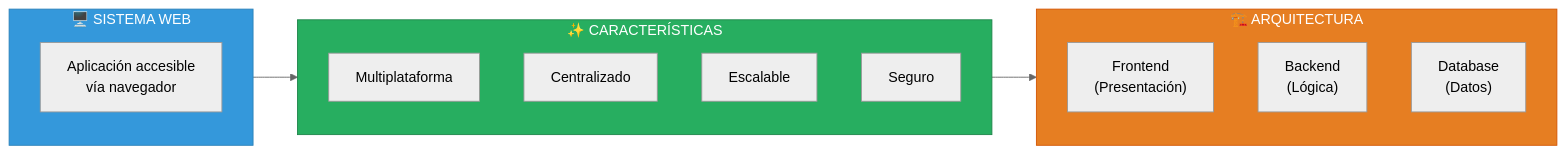
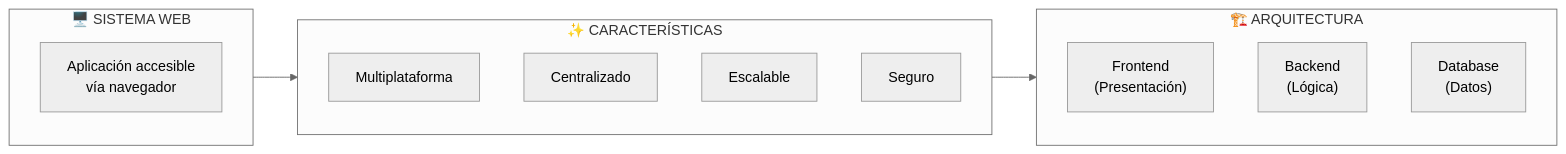
The third of 6 diagrams in docs/03-marco-teorico/README.md (decagraff/LCService), drawn with Mermaid (neutral theme) before and after one commit. The commit also changed other lines of this file and 7 other files, not shown here.

````diff
--- a/docs/03-marco-teorico/README.md
+++ b/docs/03-marco-teorico/README.md
@@ -95,26 +90,23 @@
 ```mermaid
 graph LR
     subgraph definicion["🖥️ SISTEMA WEB"]
         D["Aplicación accesible<br/>vía navegador"]
     end
 
     subgraph caracteristicas["✨ CARACTERÍSTICAS"]
         C1["Multiplataforma"]
         C2["Centralizado"]
         C3["Escalable"]
         C4["Seguro"]
     end
 
     subgraph capas["🏗️ ARQUITECTURA"]
         L1["Frontend<br/>(Presentación)"]
         L2["Backend<br/>(Lógica)"]
         L3["Database<br/>(Datos)"]
     end
 
     definicion --> caracteristicas
     caracteristicas --> capas
 
-    style definicion fill:#3498db,stroke:#2980b9,color:#fff
-    style caracteristicas fill:#27ae60,stroke:#1e8449,color:#fff
-    style capas fill:#e67e22,stroke:#d35400,color:#fff
 ```
````
